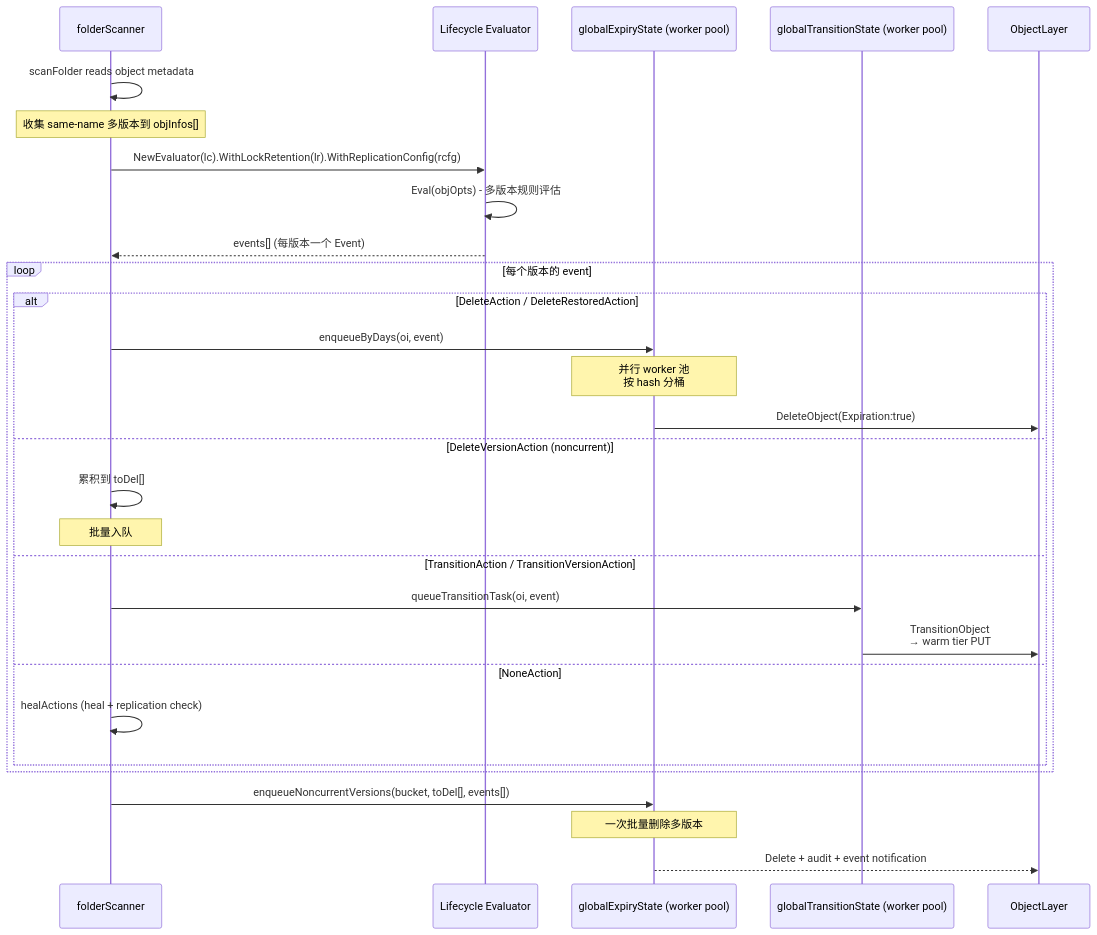
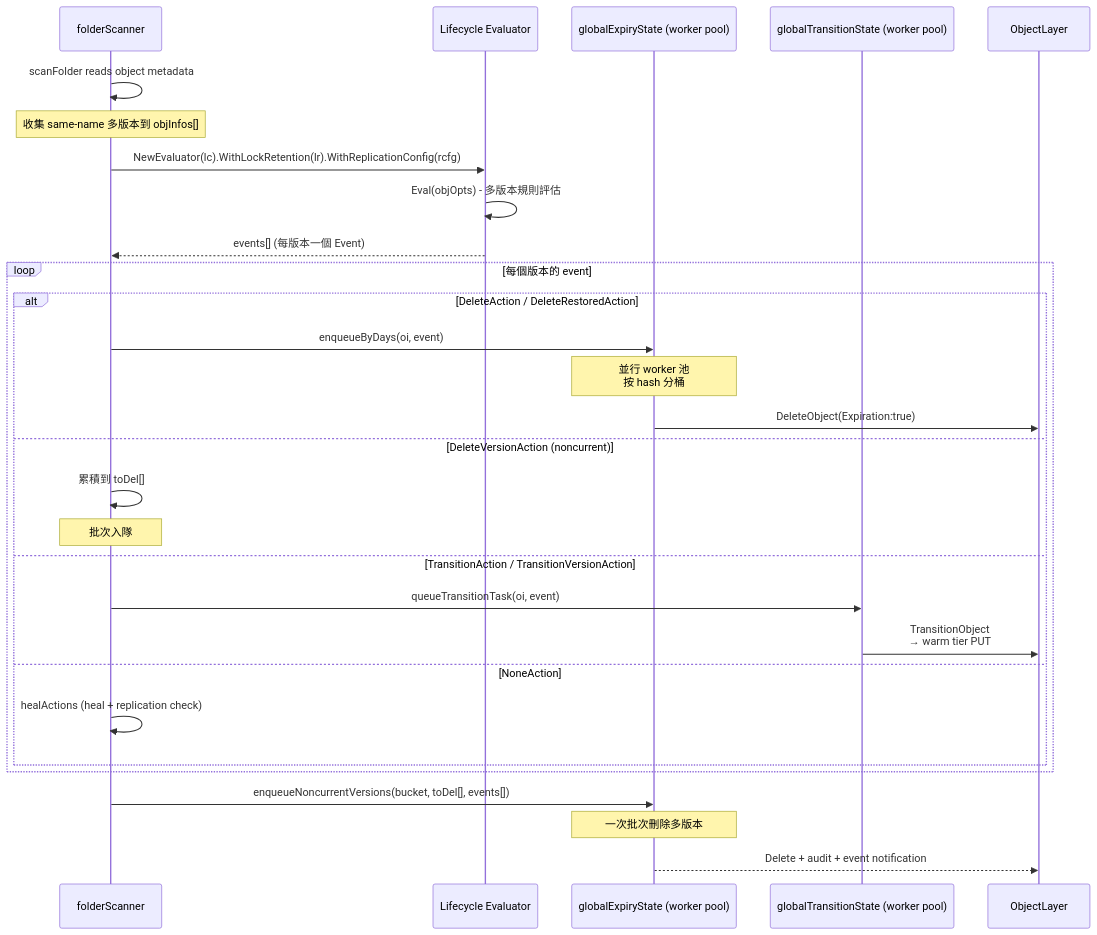
One commit to cysu01/minio changed the third of 5 diagrams in repo-analysis/drafts/06-module-scanner-ilm.md. Above: the diagram before and after it, drawn with Mermaid. The commit also changed other lines of this file and 14 other files, not shown here.

````diff
--- a/repo-analysis/drafts/06-module-scanner-ilm.md
+++ b/repo-analysis/drafts/06-module-scanner-ilm.md
@@ -280,36 +280,36 @@
 ```mermaid
 sequenceDiagram
     participant FS as folderScanner
     participant LC as Lifecycle Evaluator
     participant ES as globalExpiryState (worker pool)
     participant TS as globalTransitionState (worker pool)
     participant API as ObjectLayer
 
     FS->>FS: scanFolder reads object metadata
     Note over FS: 收集 same-name 多版本到 objInfos[]
 
     FS->>LC: NewEvaluator(lc).WithLockRetention(lr).WithReplicationConfig(rcfg)
-    LC->>LC: Eval(objOpts) - 多版本规则评估
-    LC-->>FS: events[] (每版本一个 Event)
+    LC->>LC: Eval(objOpts) - 多版本規則評估
+    LC-->>FS: events[] (每版本一個 Event)
 
-    loop 每个版本的 event
+    loop 每個版本的 event
         alt DeleteAction / DeleteRestoredAction
             FS->>ES: enqueueByDays(oi, event)
-            Note over ES: 并行 worker 池<br/>按 hash 分桶
+            Note over ES: 並行 worker 池<br/>按 hash 分桶
             ES->>API: DeleteObject(Expiration:true)
         else DeleteVersionAction (noncurrent)
-            FS->>FS: 累积到 toDel[]
-            Note over FS: 批量入队
+            FS->>FS: 累積到 toDel[]
+            Note over FS: 批次入隊
         else TransitionAction / TransitionVersionAction
             FS->>TS: queueTransitionTask(oi, event)
             TS->>API: TransitionObject<br/>→ warm tier PUT
         else NoneAction
             FS->>FS: healActions (heal + replication check)
         end
     end
 
     FS->>ES: enqueueNoncurrentVersions(bucket, toDel[], events[])
-    Note over ES: 一次批量删除多版本
+    Note over ES: 一次批次刪除多版本
 
     ES-->>API: Delete + audit + event notification
 ```
````
